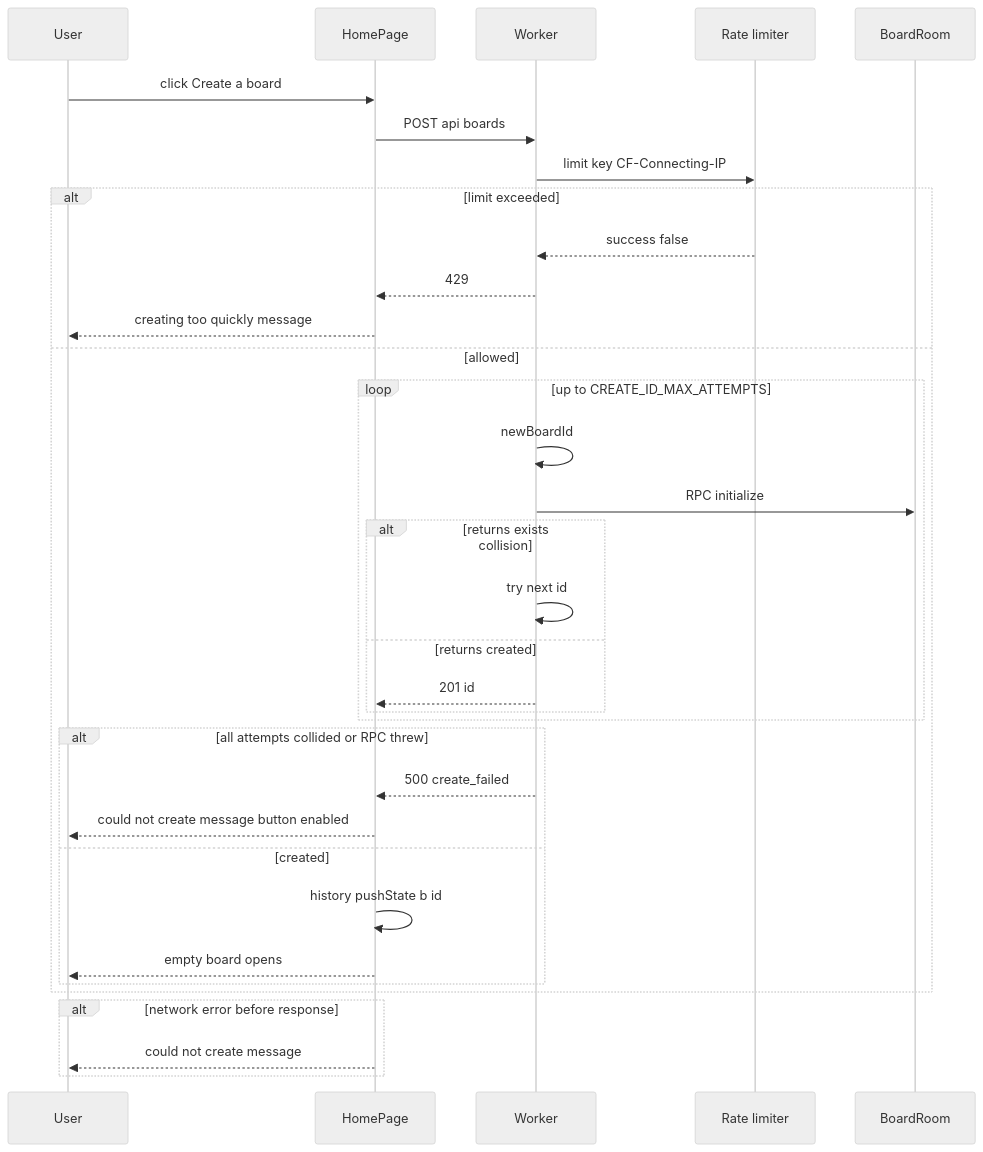
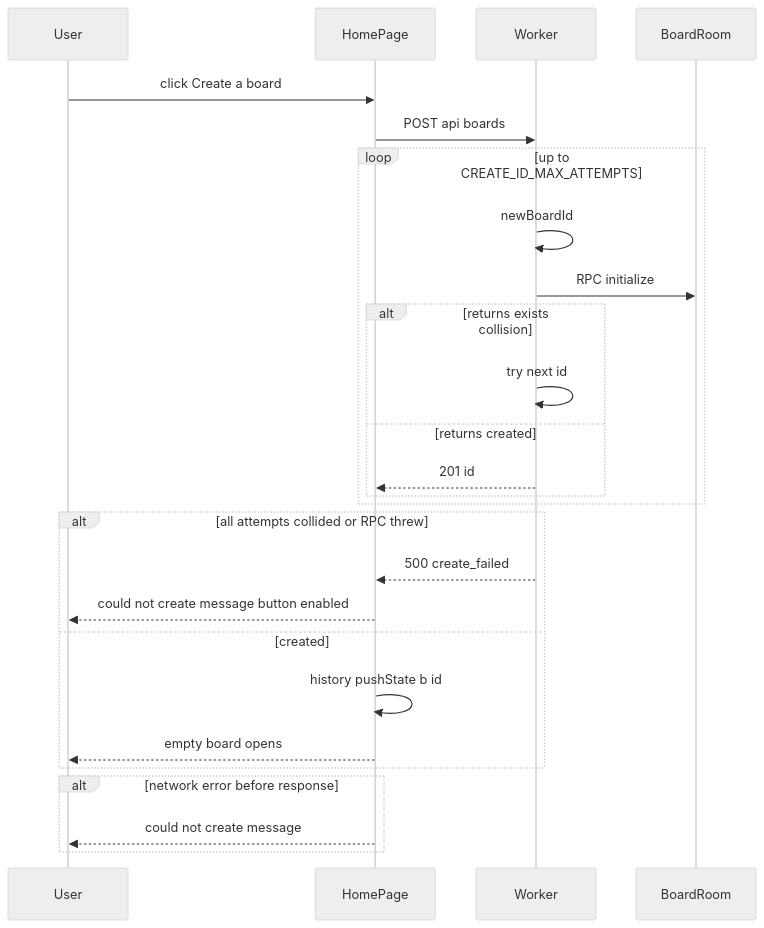
Before and after one commit to boxabirds/awesome-local-ai: the sixth of 8 diagrams in benchmarks/vidi/spec/stories/005-share-a-board-with-others-using-a-link/design.md, drawn with Mermaid (neutral theme). The commit also changed other lines of this file and 12 other files, not shown here.

````diff
--- a/benchmarks/vidi/spec/stories/005-share-a-board-with-others-using-a-link/design.md
+++ b/benchmarks/vidi/spec/stories/005-share-a-board-with-others-using-a-link/design.md
@@ -126,36 +121,28 @@
 ```mermaid
 sequenceDiagram
     participant U as User
     participant H as HomePage
     participant W as Worker
-    participant L as Rate limiter
     participant R as BoardRoom
     U->>H: click Create a board
     H->>W: POST api boards
-    W->>L: limit key CF-Connecting-IP
-    alt limit exceeded
-        L-->>W: success false
-        W-->>H: 429
-        H-->>U: creating too quickly message
-    else allowed
-        loop up to CREATE_ID_MAX_ATTEMPTS
-            W->>W: newBoardId
-            W->>R: RPC initialize
-            alt returns exists collision
-                W->>W: try next id
-            else returns created
-                W-->>H: 201 id
-            end
+    loop up to CREATE_ID_MAX_ATTEMPTS
+        W->>W: newBoardId
+        W->>R: RPC initialize
+        alt returns exists collision
+            W->>W: try next id
+        else returns created
+            W-->>H: 201 id
         end
-        alt all attempts collided or RPC threw
-            W-->>H: 500 create_failed
-            H-->>U: could not create message button enabled
-        else created
-            H->>H: history pushState b id
-            H-->>U: empty board opens
-        end
+    end
+    alt all attempts collided or RPC threw
+        W-->>H: 500 create_failed
+        H-->>U: could not create message button enabled
+    else created
+        H->>H: history pushState b id
+        H-->>U: empty board opens
     end
     alt network error before response
         H-->>U: could not create message
     end
 ```
````
